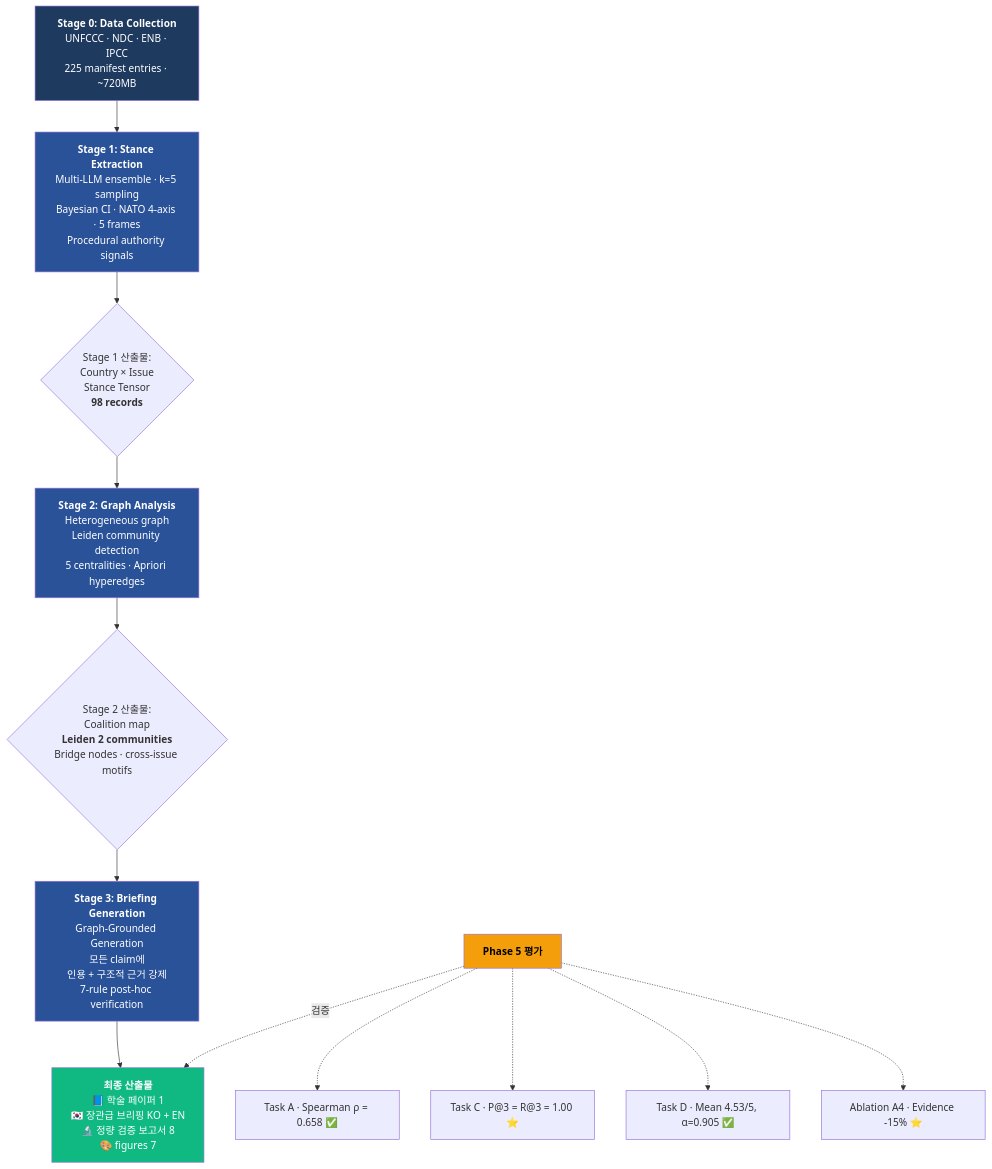
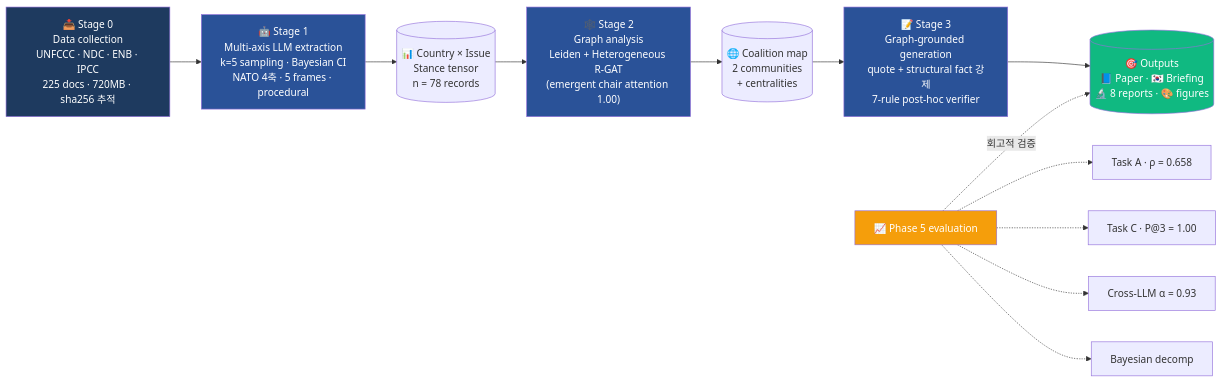
Before and after one commit to zxsa0716/cina: the diagram in README.md, drawn with Mermaid. The commit also changed other lines of this file and 9 other files, not shown here.

````diff
--- a/README.md
+++ b/README.md
@@ -23,23 +115,23 @@
 ```mermaid
-flowchart TD
-    A[<b>Stage 0: Data Collection</b><br/>UNFCCC · NDC · ENB · IPCC<br/>225 manifest entries · ~720MB] --> B
-    B[<b>Stage 1: Stance Extraction</b><br/>Multi-LLM ensemble · k=5 sampling<br/>Bayesian CI · NATO 4-axis · 5 frames<br/>Procedural authority signals]
-    B --> C{Stage 1 산출물:<br/>Country × Issue<br/>Stance Tensor<br/><b>98 records</b>}
-    C --> D[<b>Stage 2: Graph Analysis</b><br/>Heterogeneous graph<br/>Leiden community detection<br/>5 centralities · Apriori hyperedges]
-    D --> E{Stage 2 산출물:<br/>Coalition map<br/><b>Leiden 2 communities</b><br/>Bridge nodes · cross-issue motifs}
-    E --> F[<b>Stage 3: Briefing Generation</b><br/>Graph-Grounded Generation<br/>모든 claim에<br/>인용 + 구조적 근거 강제<br/>7-rule post-hoc verification]
-    F --> G[<b>최종 산출물</b><br/>📘 학술 페이퍼 1<br/>🇰🇷 장관급 브리핑 KO + EN<br/>🔬 정량 검증 보고서 8<br/>🎨 figures 7]
+flowchart LR
+    A["📥 Stage 0<br/>Data collection<br/>UNFCCC · NDC · ENB · IPCC<br/>225 docs · 720MB · sha256 추적"] --> B
+    B["🤖 Stage 1<br/>Multi-axis LLM extraction<br/>k=5 sampling · Bayesian CI<br/>NATO 4축 · 5 frames · procedural"] --> C
+    C[("📊 Country × Issue<br/>Stance tensor<br/>n = 78 records")] --> D
+    D["🕸️ Stage 2<br/>Graph analysis<br/>Leiden + Heterogeneous R-GAT<br/>(emergent chair attention 1.00)"] --> E
+    E[("🌐 Coalition map<br/>2 communities<br/>+ centralities")] --> F
+    F["📝 Stage 3<br/>Graph-grounded generation<br/>quote + structural fact 강제<br/>7-rule post-hoc verifier"] --> G
+    G[("🎯 Outputs<br/>📘 Paper · 🇰🇷 Briefing<br/>🔬 8 reports · 🎨 figures")]
 
-    H[<b>Phase 5 평가</b>] -.검증.-> G
-    H -.-> H1[Task A · Spearman ρ = 0.658 ✅]
-    H -.-> H2[Task C · P@3 = R@3 = 1.00 ⭐]
-    H -.-> H3[Task D · Mean 4.53/5, α=0.905 ✅]
-    H -.-> H4[Ablation A4 · Evidence -15% ⭐]
+    H["📈 Phase 5 evaluation"] -.회고적 검증.-> G
+    H -.-> H1["Task A · ρ = 0.658"]
+    H -.-> H2["Task C · P@3 = 1.00"]
+    H -.-> H3["Cross-LLM α = 0.93"]
+    H -.-> H4["Bayesian decomp"]
 
     style A fill:#1e3a5f,color:#fff
     style B fill:#2a5298,color:#fff
     style D fill:#2a5298,color:#fff
     style F fill:#2a5298,color:#fff
     style G fill:#10b981,color:#fff
-    style H fill:#f59e0b,color:#000
+    style H fill:#f59e0b,color:#fff
 ```
````
